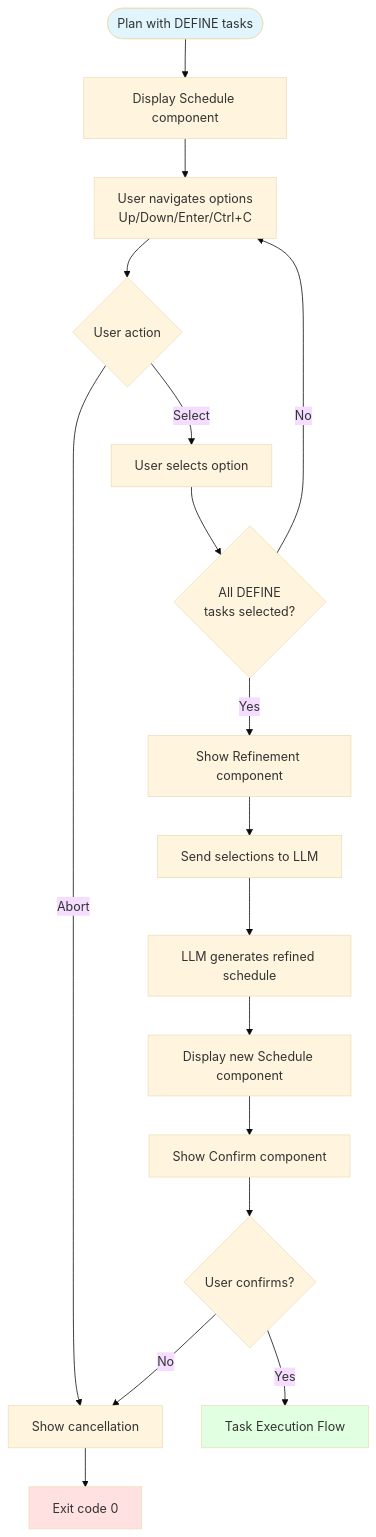
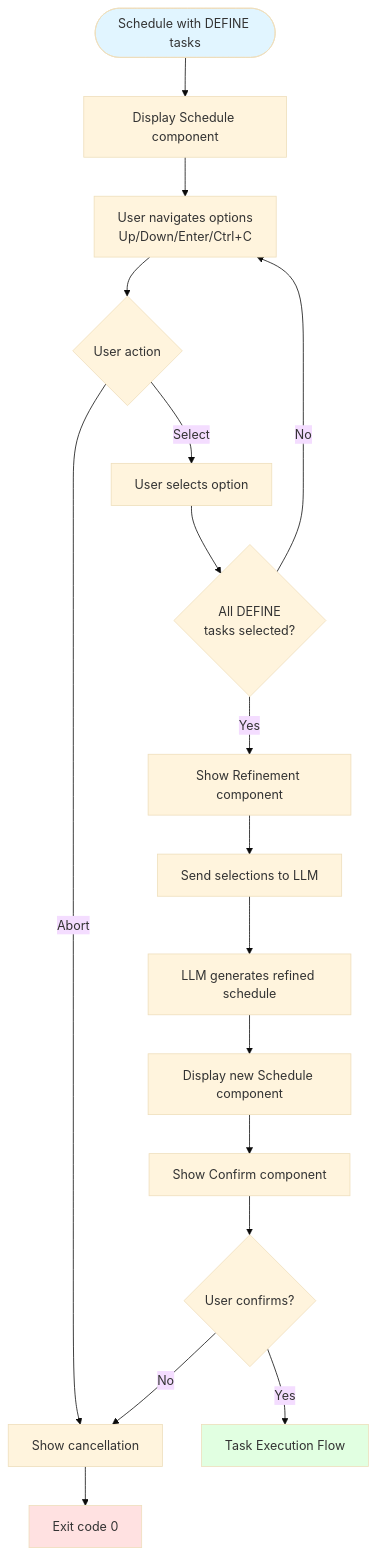
The fourth of 18 diagrams in FLOWS.md (aswitalski/pls), drawn with Mermaid (base theme) before and after one commit. The commit also changed other lines of this file, not shown here.

````diff
--- a/FLOWS.md
+++ b/FLOWS.md
@@ -233,29 +238,29 @@
 ```mermaid
 flowchart TD
-    Start([Plan with DEFINE tasks]) --> DisplayPlan[Display Schedule component]
-    DisplayPlan --> UserNav[User navigates options<br/>Up/Down/Enter/Ctrl+C]
+    Start([Schedule with DEFINE tasks]) --> DisplaySchedule[Display Schedule component]
+    DisplaySchedule --> UserNav[User navigates options<br/>Up/Down/Enter/Ctrl+C]
 
     UserNav --> UserAction{User action}
     UserAction -->|Abort| ShowCancel[Show cancellation]
     UserAction -->|Select| SelectOpt[User selects option]
 
     SelectOpt --> AllSelected{All DEFINE<br/>tasks selected?}
     AllSelected -->|No| UserNav
     AllSelected -->|Yes| ShowRefine[Show Refinement component]
 
     ShowRefine --> SendToLLM[Send selections to LLM]
     SendToLLM --> LLMRefine[LLM generates refined schedule]
     LLMRefine --> DisplayNew[Display new Schedule component]
 
     DisplayNew --> ShowConfirm[Show Confirm component]
     ShowConfirm --> UserConfirm{User confirms?}
 
     UserConfirm -->|Yes| ExecFlow[Task Execution Flow]
     UserConfirm -->|No| ShowCancel
 
     ShowCancel --> Exit[Exit code 0]
 
     style Start fill:#e1f5ff
     style ExecFlow fill:#e1ffe1
     style Exit fill:#ffe1e1
 ```
````
